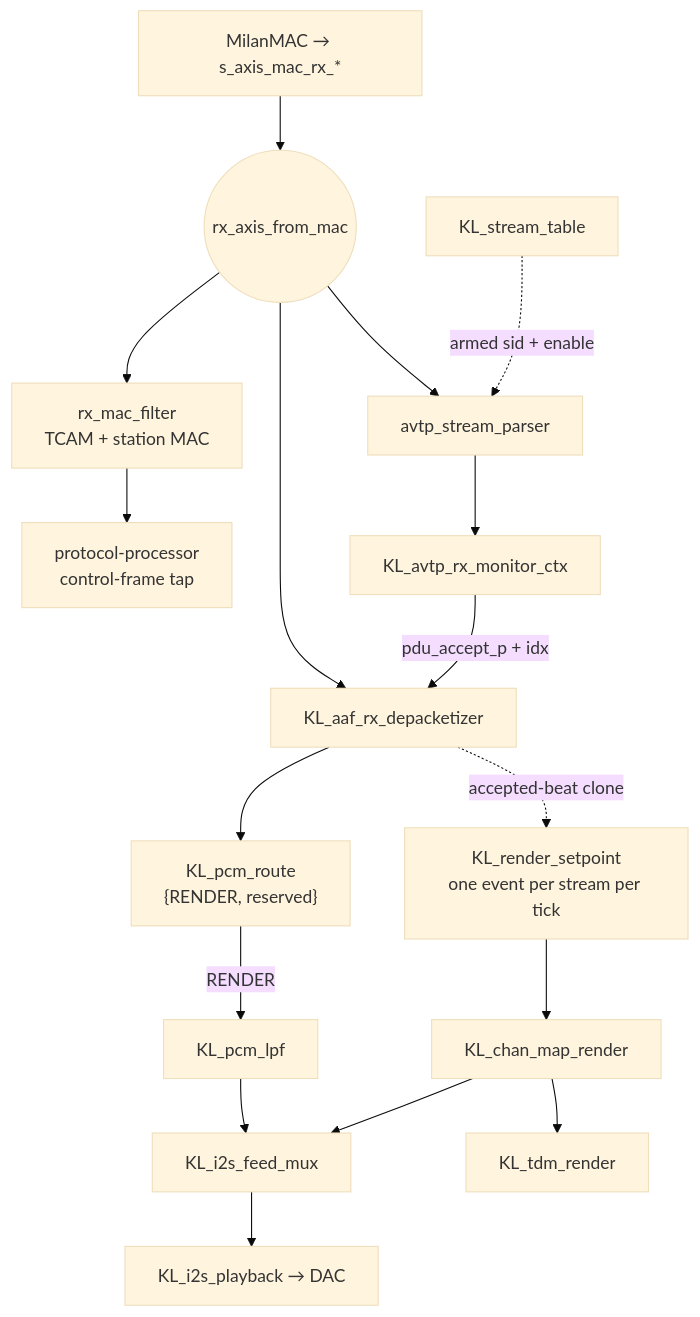
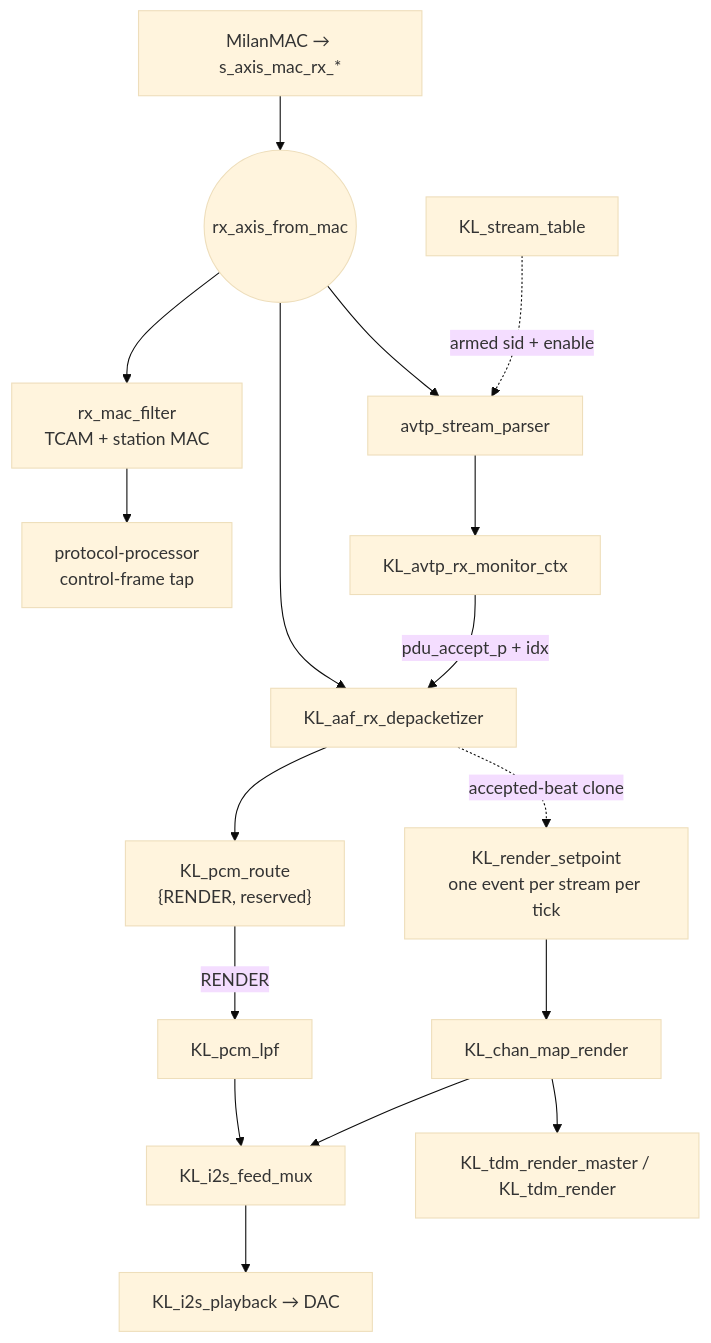
One commit to kebag-logic/milan-fpga changed the second of 2 diagrams in docs/fpga/DATAPLANE_WALKTHROUGH.md. Above: the diagram before and after it, drawn with Mermaid (base theme). The commit also changed other lines of this file and 36 other files, not shown here.

Commit message:
Render the shipping TDM8 listener onto its serial pins through a master render lane

````diff
--- a/docs/fpga/DATAPLANE_WALKTHROUGH.md
+++ b/docs/fpga/DATAPLANE_WALKTHROUGH.md
@@ -140,19 +140,19 @@
 ```mermaid
 flowchart TB
     MAC["MilanMAC → s_axis_mac_rx_*"] --> TEE(("rx_axis_from_mac"))
     TEE --> FILT["rx_mac_filter<br/>TCAM + station MAC"]
     FILT --> CTRL["protocol-processor<br/>control-frame tap"]
     TEE --> PARSE["avtp_stream_parser"]
     TBL["KL_stream_table"] -.->|"armed sid + enable"| PARSE
     PARSE --> MON["KL_avtp_rx_monitor_ctx"]
     TEE --> DEPKT["KL_aaf_rx_depacketizer"]
     MON -->|"pdu_accept_p + idx"| DEPKT
     DEPKT --> ROUTE["KL_pcm_route<br/>{RENDER, reserved}"]
     ROUTE -->|RENDER| LPF["KL_pcm_lpf"]
     LPF --> FMUX["KL_i2s_feed_mux"]
     FMUX --> I2S["KL_i2s_playback → DAC"]
     DEPKT -.->|"accepted-beat clone"| RSP["KL_render_setpoint<br/>one event per stream per tick"]
     RSP --> RMAP["KL_chan_map_render"]
     RMAP --> FMUX
-    RMAP --> TDM["KL_tdm_render"]
+    RMAP --> TDM["KL_tdm_render_master / KL_tdm_render"]
 ```
````
